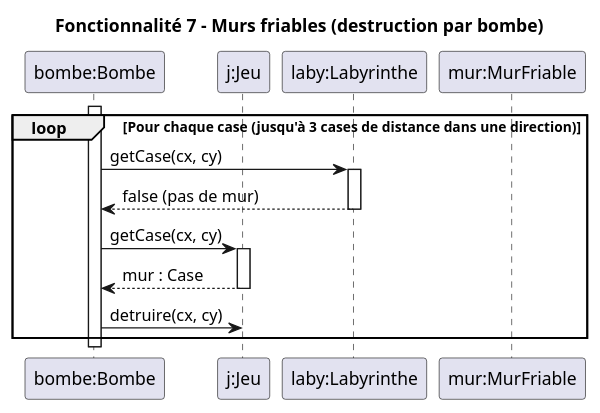
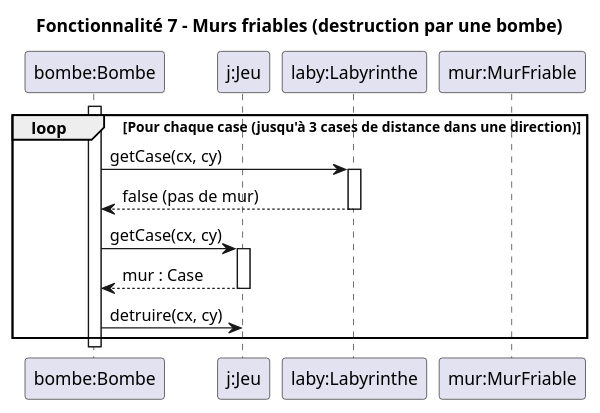
One commit to lucas-martinati-pro/SAE_S2.01_Zeldiablo-LucasM_JeanLM_PierreGSV changed the diagram in documents/version_2/Diagrammes Séquence/Fonctionnalité 7.puml. Above: the diagram before and after it, drawn with PlantUML.

```diff
--- a/documents/version_2/Diagrammes Séquence/Fonctionnalité 7.puml
+++ b/documents/version_2/Diagrammes Séquence/Fonctionnalité 7.puml
@@ -1,26 +1,26 @@
 @startuml
-title Fonctionnalité 7 - Murs friables (destruction par bombe)
+title Fonctionnalité 7 - Murs friables (destruction par une bombe)
 
 participant "bombe:Bombe" as Bombe
 participant "j:Jeu" as Jeu
 participant "laby:Labyrinthe" as Laby
 participant "mur:MurFriable" as Mur
 
 activate Bombe
 
 loop Pour chaque case (jusqu'à 3 cases de distance dans une direction)
     Bombe -> Laby : getCase(cx, cy)
     activate Laby
     Laby --> Bombe : false (pas de mur)
     deactivate Laby
 
     Bombe -> Jeu : getCase(cx, cy)
     activate Jeu
     Jeu --> Bombe : mur : Case
     deactivate Jeu
 
     Bombe -> Jeu : detruire(cx, cy)
 end
 
 deactivate Bombe
 @enduml
```
